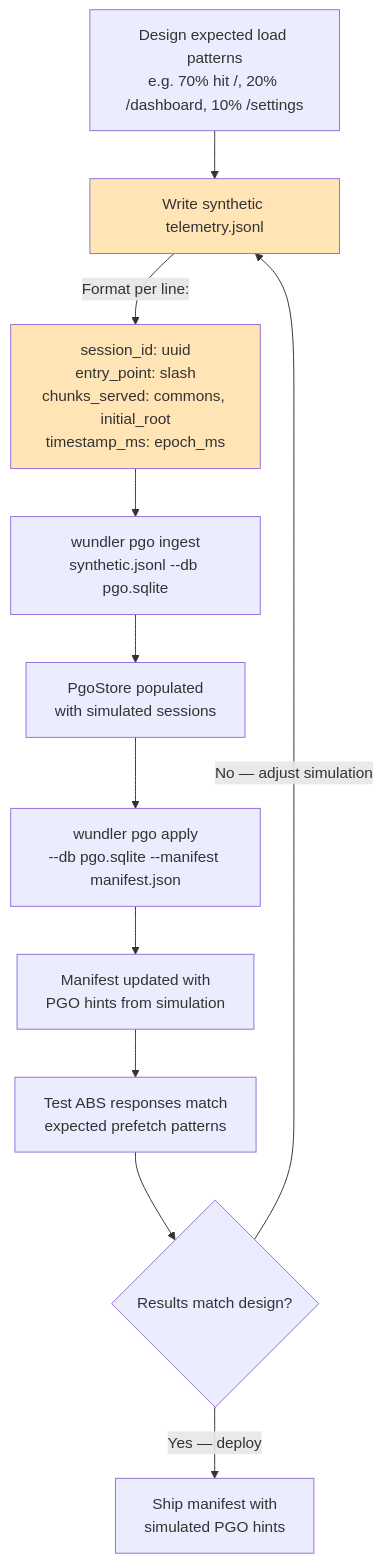
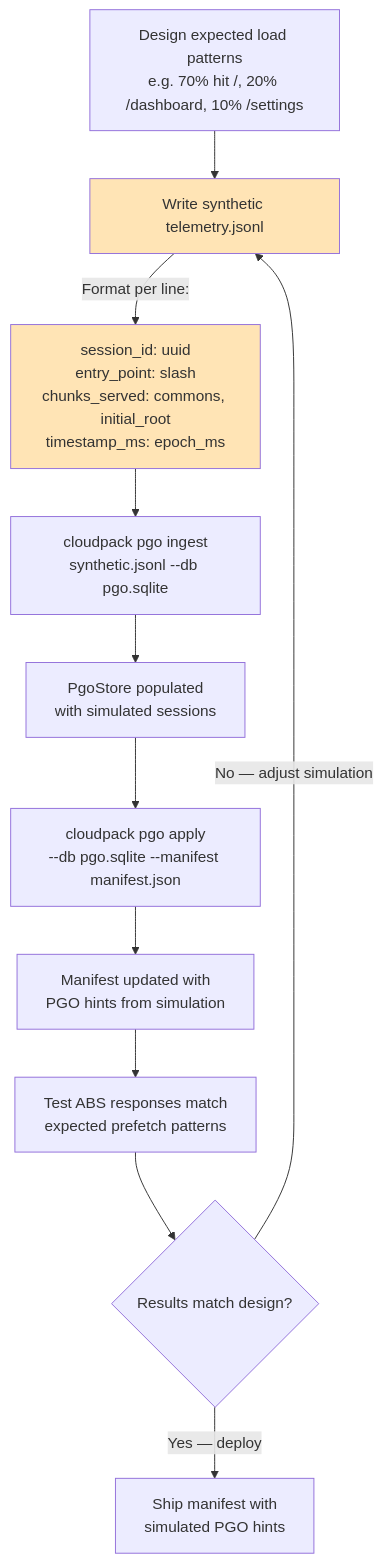
The seventh of 8 diagrams in docs/WORKFLOWS.md (kenotron-ms/wundler), drawn with Mermaid before and after one commit. The commit also changed other lines of this file and 394 other files, not shown here.

Commit message:
chore: rename project wundler → cloudpack

````diff
--- a/docs/WORKFLOWS.md
+++ b/docs/WORKFLOWS.md
@@ -175,20 +175,20 @@
 ```mermaid
 flowchart TD
     A[Design expected load patterns<br/>e.g. 70% hit /, 20% /dashboard, 10% /settings] --> B[Write synthetic telemetry.jsonl]
 
     B -->|Format per line:| C["session_id: uuid<br/>entry_point: slash<br/>chunks_served: commons, initial_root<br/>timestamp_ms: epoch_ms"]
 
-    C --> D[wundler pgo ingest<br/>synthetic.jsonl --db pgo.sqlite]
+    C --> D[cloudpack pgo ingest<br/>synthetic.jsonl --db pgo.sqlite]
     D --> E[PgoStore populated<br/>with simulated sessions]
 
-    E --> F[wundler pgo apply<br/>--db pgo.sqlite --manifest manifest.json]
+    E --> F[cloudpack pgo apply<br/>--db pgo.sqlite --manifest manifest.json]
     F --> G[Manifest updated with<br/>PGO hints from simulation]
 
     G --> H[Test ABS responses match<br/>expected prefetch patterns]
     H --> I{Results match design?}
     I -->|No — adjust simulation| B
     I -->|Yes — deploy| J[Ship manifest with<br/>simulated PGO hints]
 
     style B fill:#ffe4b5
     style C fill:#ffe4b5
 ```
````
